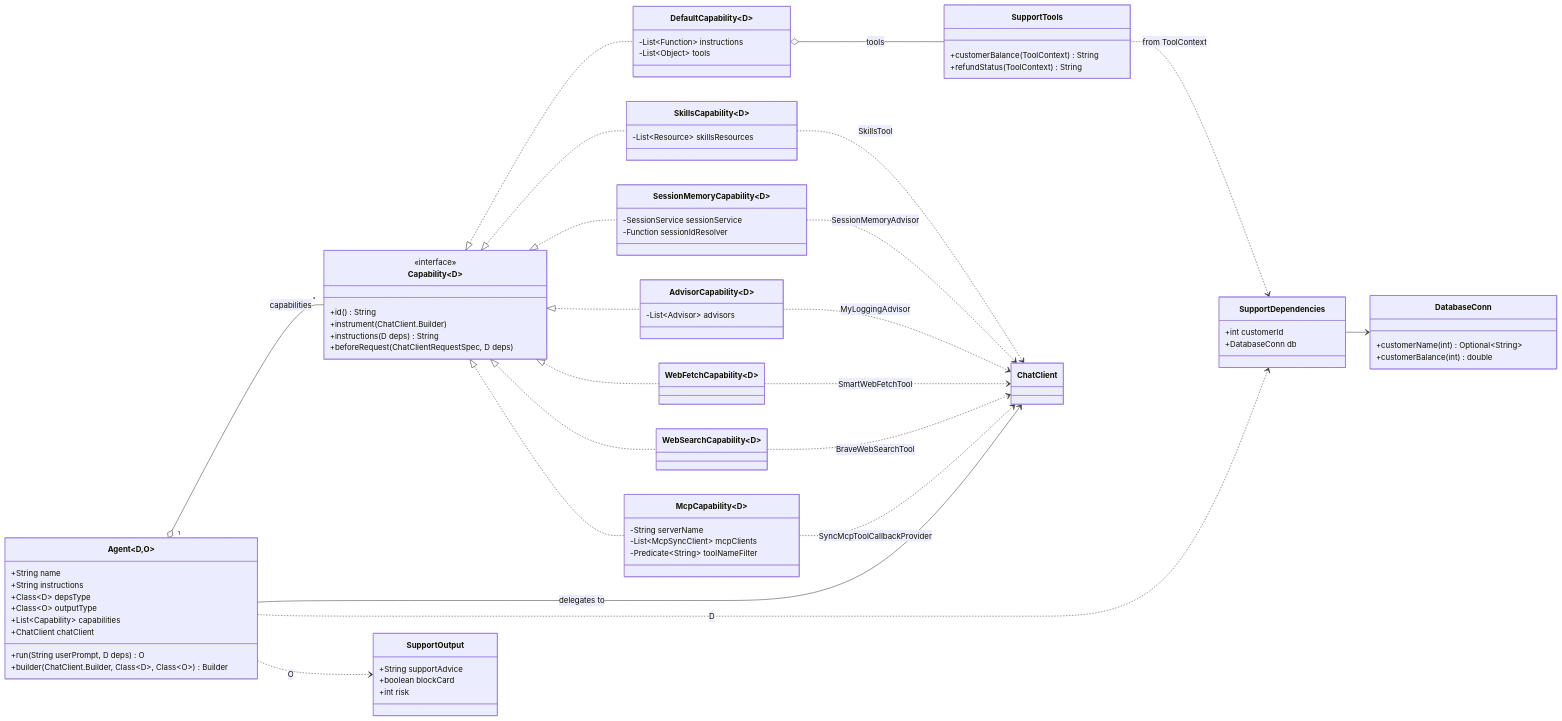
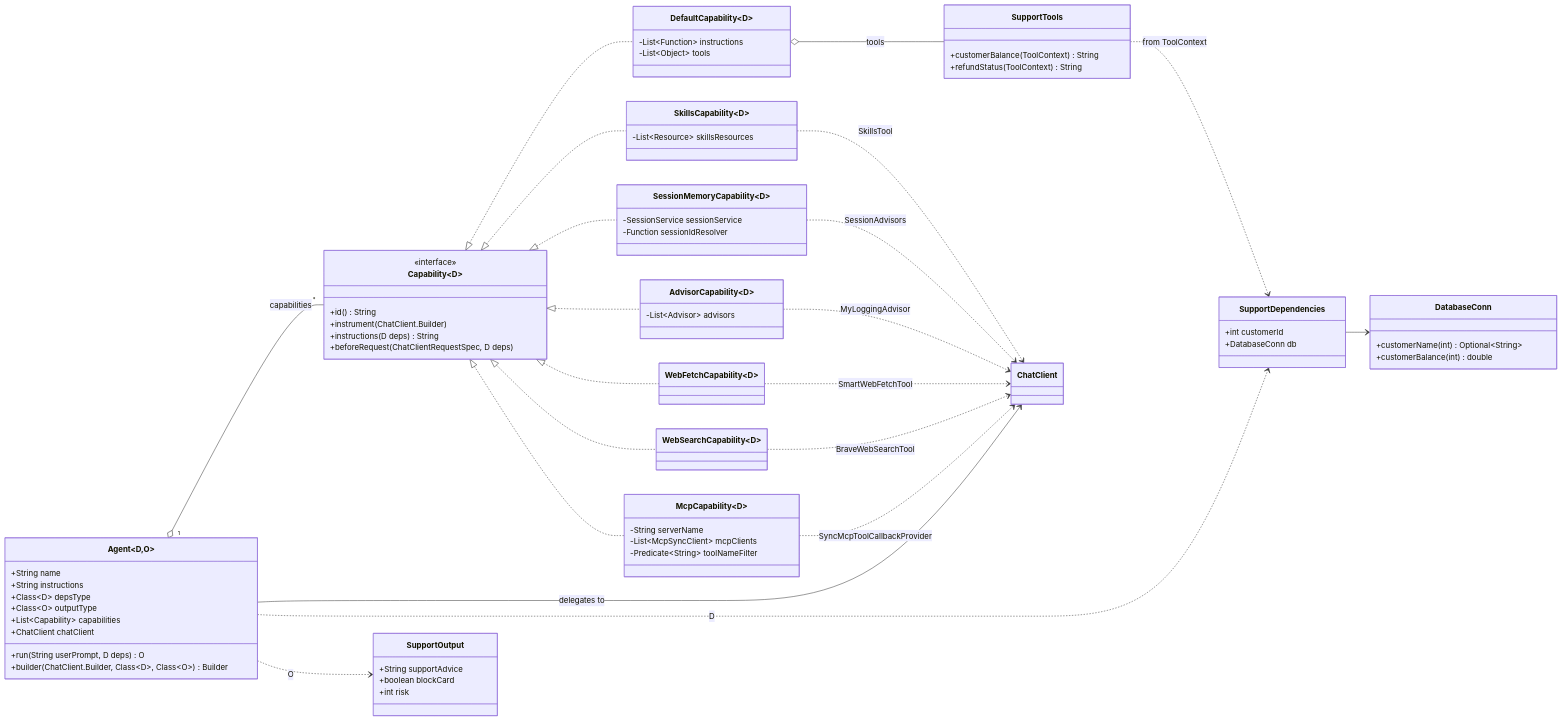
One commit to tzolov/voxxeddays2026-demo changed the first of 3 diagrams in 22-bank-support-agent/README.md. Above: the diagram before and after it, drawn with Mermaid. The commit also changed other lines of this file and 23 other files, not shown here.

```diff
--- a/22-bank-support-agent/README.md
+++ b/22-bank-support-agent/README.md
@@ -270,7 +271,7 @@
     SupportTools ..> SupportDependencies : from ToolContext
     SupportDependencies --> DatabaseConn
     SkillsCapability ..> ChatClient : SkillsTool
-    SessionMemoryCapability ..> ChatClient : SessionMemoryAdvisor
+    SessionMemoryCapability ..> ChatClient : SessionAdvisors
     AdvisorCapability ..> ChatClient : MyLoggingAdvisor
     WebFetchCapability ..> ChatClient : SmartWebFetchTool
     WebSearchCapability ..> ChatClient : BraveWebSearchTool
```
